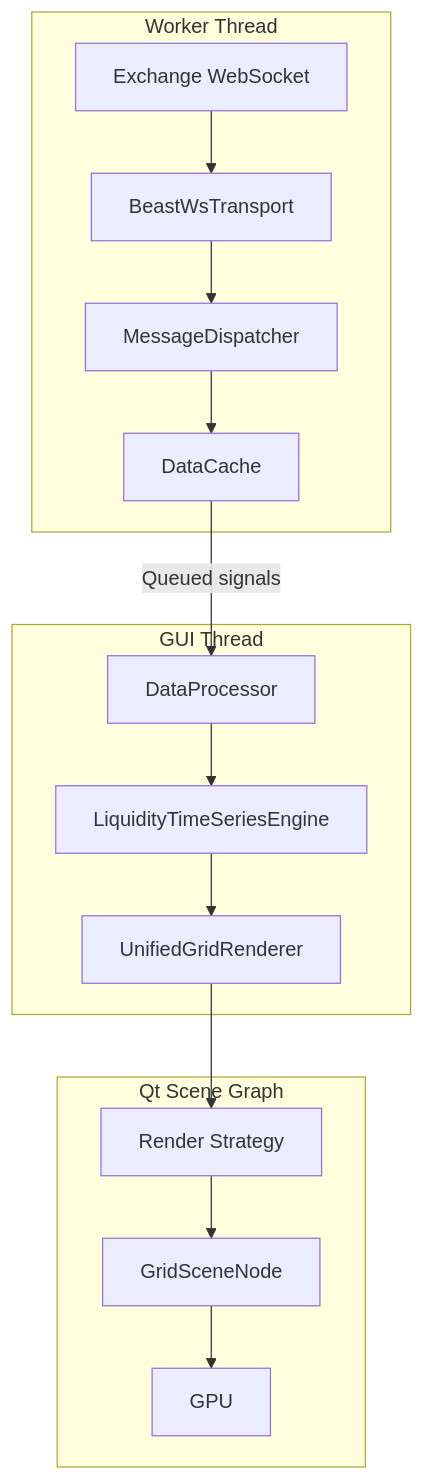
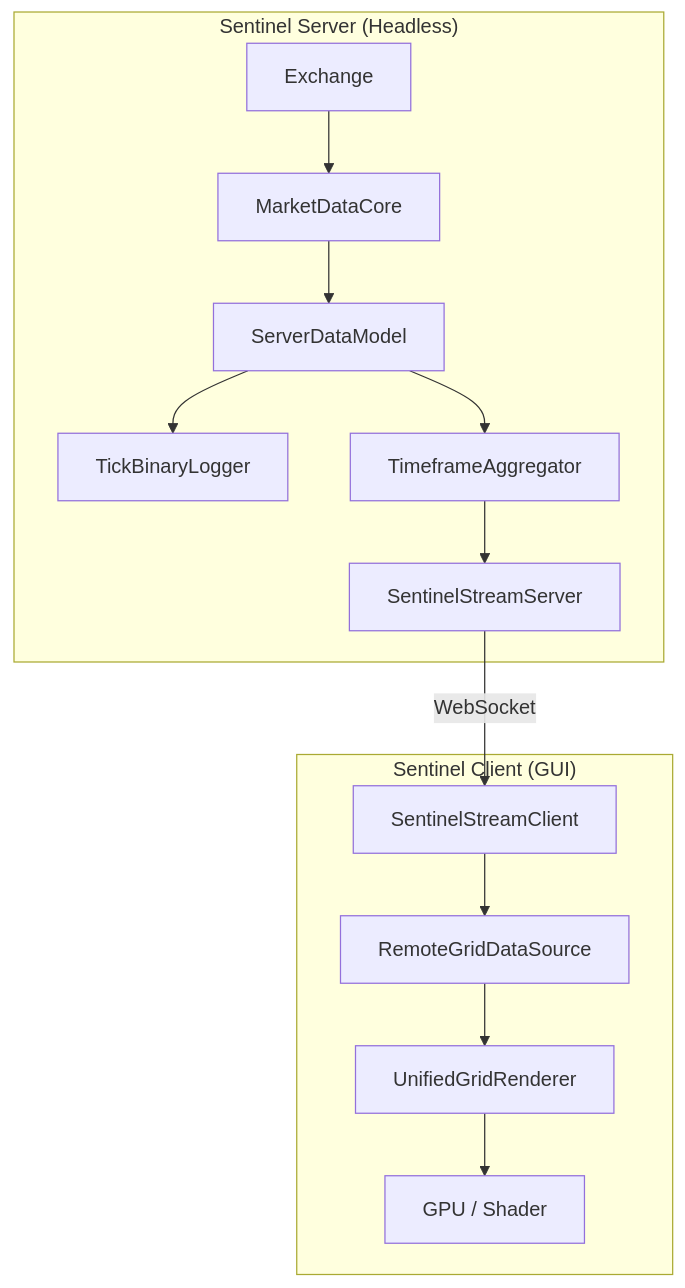
One commit to pattty847/Sentinel changed the diagram in docs/ARCHITECTURE.md. Above: the diagram before and after it, drawn with Mermaid. The commit also changed other lines of this file and 52 other files, not shown here.

First line of the commit message:
docs/refactors/heatmap/server_client_cutover.md

````diff
--- a/docs/ARCHITECTURE.md
+++ b/docs/ARCHITECTURE.md
@@ -51,20 +45,17 @@
 ```mermaid
 graph TD
-    subgraph "Worker Thread"
-        A[Exchange WebSocket] --> B[BeastWsTransport]
-        B --> C[MessageDispatcher]
-        C --> D[DataCache]
+    subgraph "Sentinel Server (Headless)"
+        A[Exchange] --> B[MarketDataCore]
+        B --> C[ServerDataModel]
+        C --> D[TickBinaryLogger]
+        C --> E[TimeframeAggregator]
+        E --> F[SentinelStreamServer]
     end
 
-    subgraph "GUI Thread"
-        D -->|Queued signals| E[DataProcessor]
-        E --> F[LiquidityTimeSeriesEngine]
-        F --> G[UnifiedGridRenderer]
-    end
-
-    subgraph "Qt Scene Graph"
-        G --> H[Render Strategy]
-        H --> I[GridSceneNode]
-        I --> J[GPU]
+    subgraph "Sentinel Client (GUI)"
+        F -->|WebSocket| G[SentinelStreamClient]
+        G --> H[RemoteGridDataSource]
+        H --> I[UnifiedGridRenderer]
+        I --> J[GPU / Shader]
     end
 ```
````
